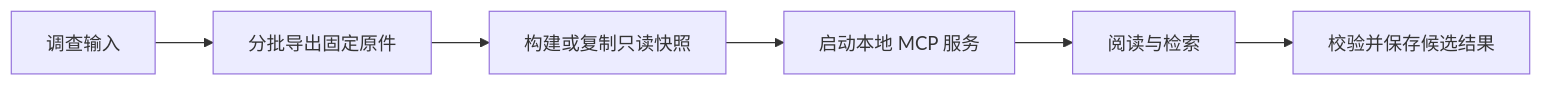
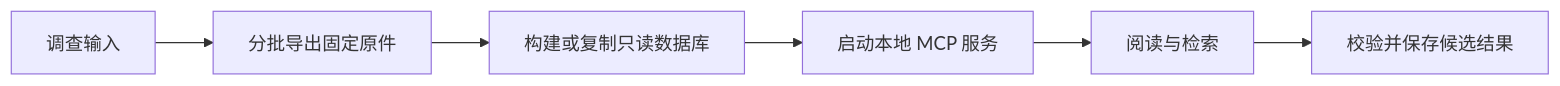
The diagram in .repo-review/knowledge/articles/052b7a5f06c5ca089f216633bf39395608fd9bad8adc088f98b214b6749761f3.md (lejunyang/omem), drawn with Mermaid before and after one commit. The commit also changed other lines of this file and 23 other files, not shown here.

````diff
--- a/.repo-review/knowledge/articles/052b7a5f06c5ca089f216633bf39395608fd9bad8adc088f98b214b6749761f3.md
+++ b/.repo-review/knowledge/articles/052b7a5f06c5ca089f216633bf39395608fd9bad8adc088f98b214b6749761f3.md
@@ -12,8 +12,8 @@
 ```mermaid
 flowchart LR
   A[调查输入] --> B[分批导出固定原件]
-  B --> C[构建或复制只读快照]
+  B --> C[构建或复制只读数据库]
   C --> D[启动本地 MCP 服务]
   D --> E[阅读与检索]
   E --> F[校验并保存候选结果]
 ```
````
